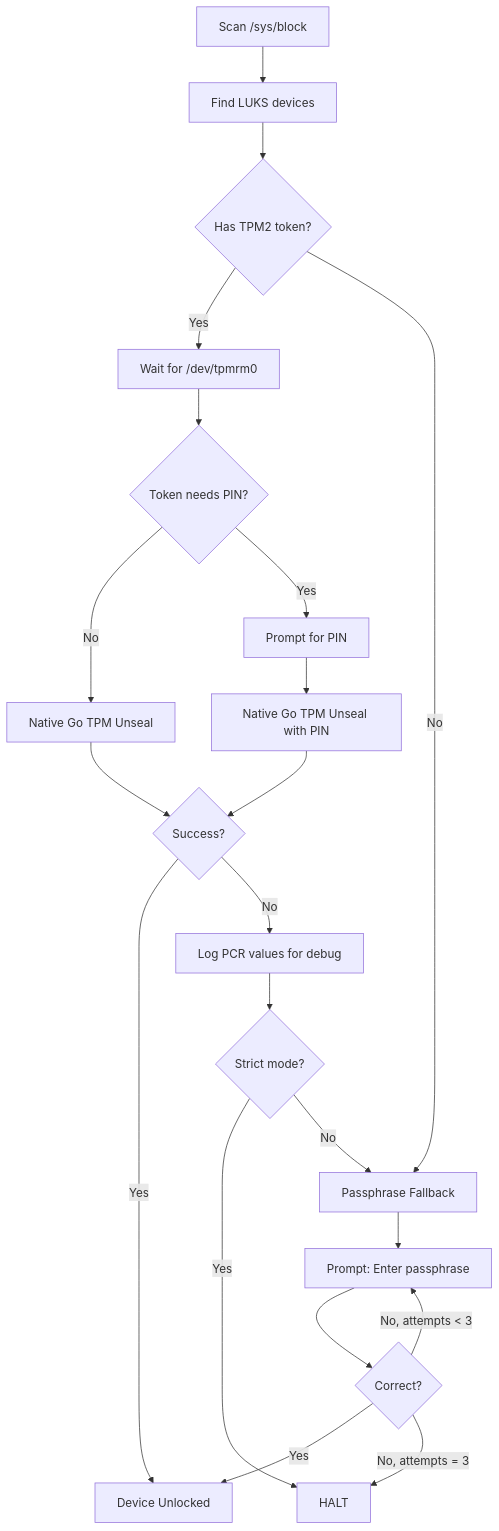
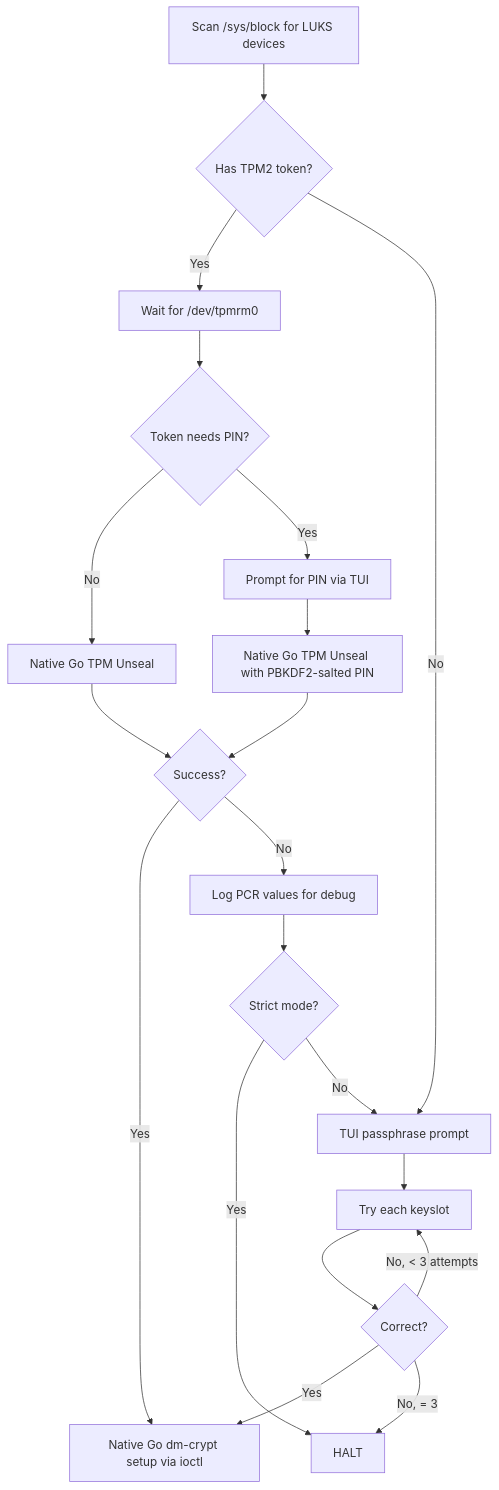
The fifth of 11 diagrams in docs/boot-flow.md (zaolin/vanguard), drawn with Mermaid before and after one commit. The commit also changed other lines of this file and 3 other files, not shown here.

````diff
--- a/docs/boot-flow.md
+++ b/docs/boot-flow.md
@@ -152,28 +139,27 @@
 ```mermaid
 flowchart TD
-    A[Scan /sys/block] --> B[Find LUKS devices]
-    B --> D{Has TPM2 token?}
+    A[Scan /sys/block for LUKS devices] --> D{Has TPM2 token?}
 
     D -->|Yes| E[Wait for /dev/tpmrm0]
     D -->|No| K
 
     E --> F{Token needs PIN?}
     F -->|No| G[Native Go TPM Unseal]
-    F -->|Yes| H[Prompt for PIN]
-    H --> I[Native Go TPM Unseal with PIN]
+    F -->|Yes| H[Prompt for PIN via TUI]
+    H --> I[Native Go TPM Unseal with PBKDF2-salted PIN]
 
     G --> J{Success?}
     I --> J
 
-    J -->|Yes| L[Device Unlocked]
+    J -->|Yes| L[Native Go dm-crypt setup via ioctl]
     J -->|No| M[Log PCR values for debug]
     M --> StrictCheck{Strict mode?}
     StrictCheck -->|Yes| P[HALT]
-    StrictCheck -->|No| K[Passphrase Fallback]
+    StrictCheck -->|No| K[TUI passphrase prompt]
 
-    K --> N[Prompt: Enter passphrase]
+    K --> N[Try each keyslot]
     N --> O{Correct?}
     O -->|Yes| L
-    O -->|No, attempts < 3| N
-    O -->|No, attempts = 3| P
+    O -->|No, < 3 attempts| N
+    O -->|No, = 3| P
 ```
````
